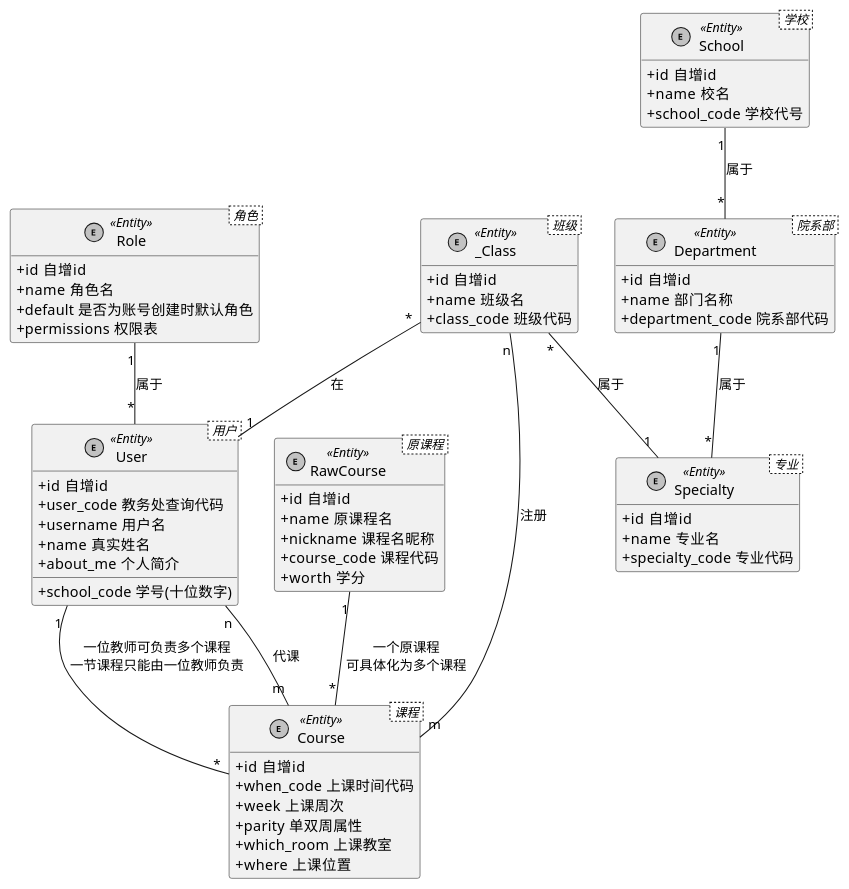
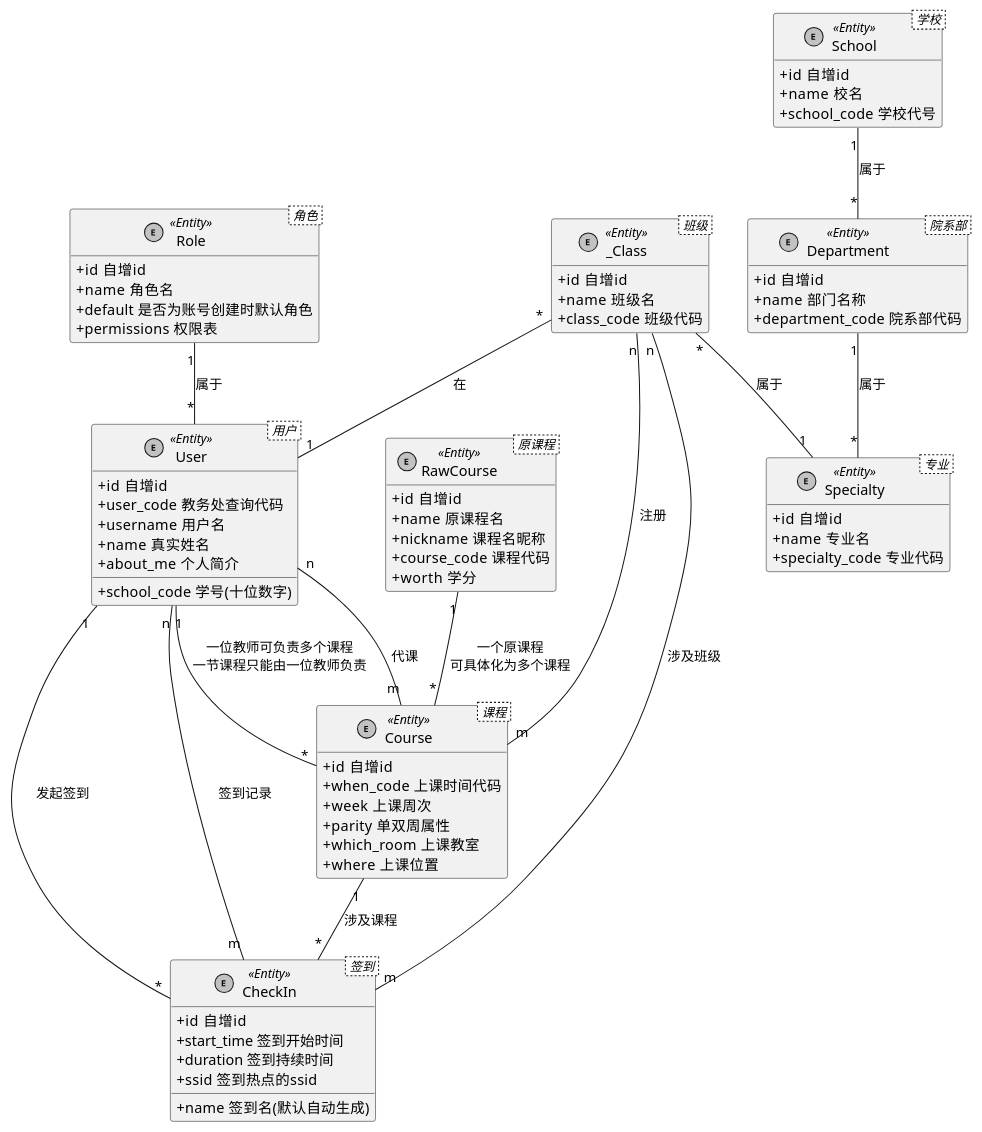
One commit to bllli/tsxyAssistant changed the diagram in doc/source/index.rst. Above: the diagram before and after it, drawn with PlantUML. The commit also changed 3 other files, not shown here.

Commit message:
+ 课程model 对应单元测试 + 更新ER图

```diff
--- a/doc/source/index.rst
+++ b/doc/source/index.rst
@@ -100,4 +100,16 @@
   _Class "*" -- "1" User : 在
   _Class "n" -- "m" Course : 注册
 
+  entity CheckIn < 签到 > << Entity >>{
+    + id  自增id
+    + name  签到名(默认自动生成)
+    + start_time 签到开始时间
+    + duration 签到持续时间
+    + ssid  签到热点的ssid
+  }
+
+  User "1" -- "*" CheckIn: 发起签到
+  _Class "n" -- "m" CheckIn : 涉及班级
+  Course "1" -- "*" CheckIn : 涉及课程
+  User "n" -- "m" CheckIn : 签到记录
   @enduml
```
